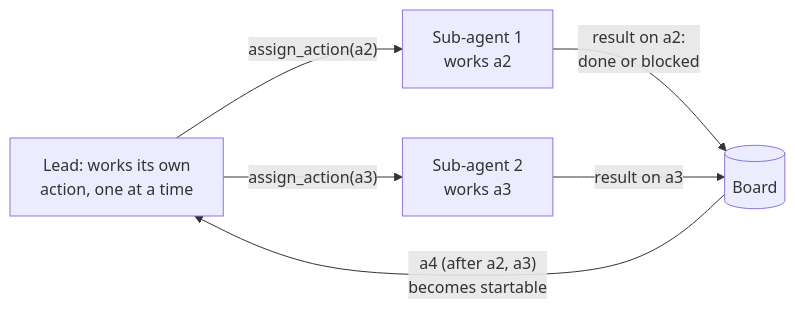
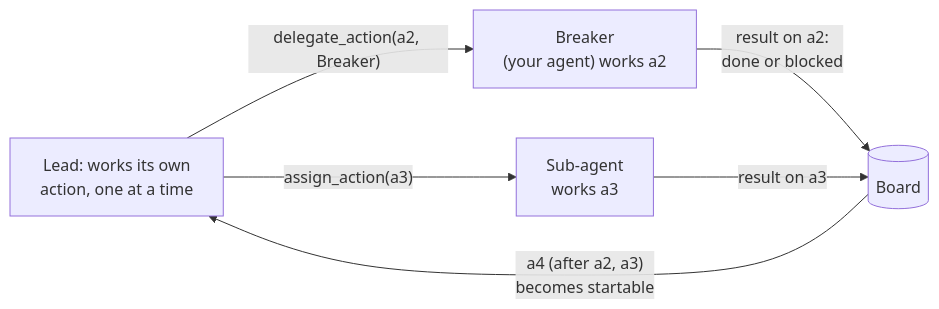
Before and after one commit to Smittyman50/agent-hq: the ninth of 10 diagrams in README.md, drawn with Mermaid. The commit also changed other lines of this file and 7 other files, not shown here.

First line of the commit message:
Add existing agents as goal team members: delegate_action hands a next action to one of the lead's agents

````diff
--- a/README.md
+++ b/README.md
@@ -964,8 +966,8 @@
 ```mermaid
 flowchart LR
-    L["Lead: works its own<br/>action, one at a time"] -- "assign_action(a2)" --> S1["Sub-agent 1<br/>works a2"]
-    L -- "assign_action(a3)" --> S2["Sub-agent 2<br/>works a3"]
-    S1 -- "result on a2:<br/>done or blocked" --> B[("Board")]
+    L["Lead: works its own<br/>action, one at a time"] -- "delegate_action(a2, Breaker)" --> A1["Breaker<br/>(your agent) works a2"]
+    L -- "assign_action(a3)" --> S2["Sub-agent<br/>works a3"]
+    A1 -- "result on a2:<br/>done or blocked" --> B[("Board")]
     S2 -- "result on a3" --> B
     B -- "a4 (after a2, a3)<br/>becomes startable" --> L
 ```
````
